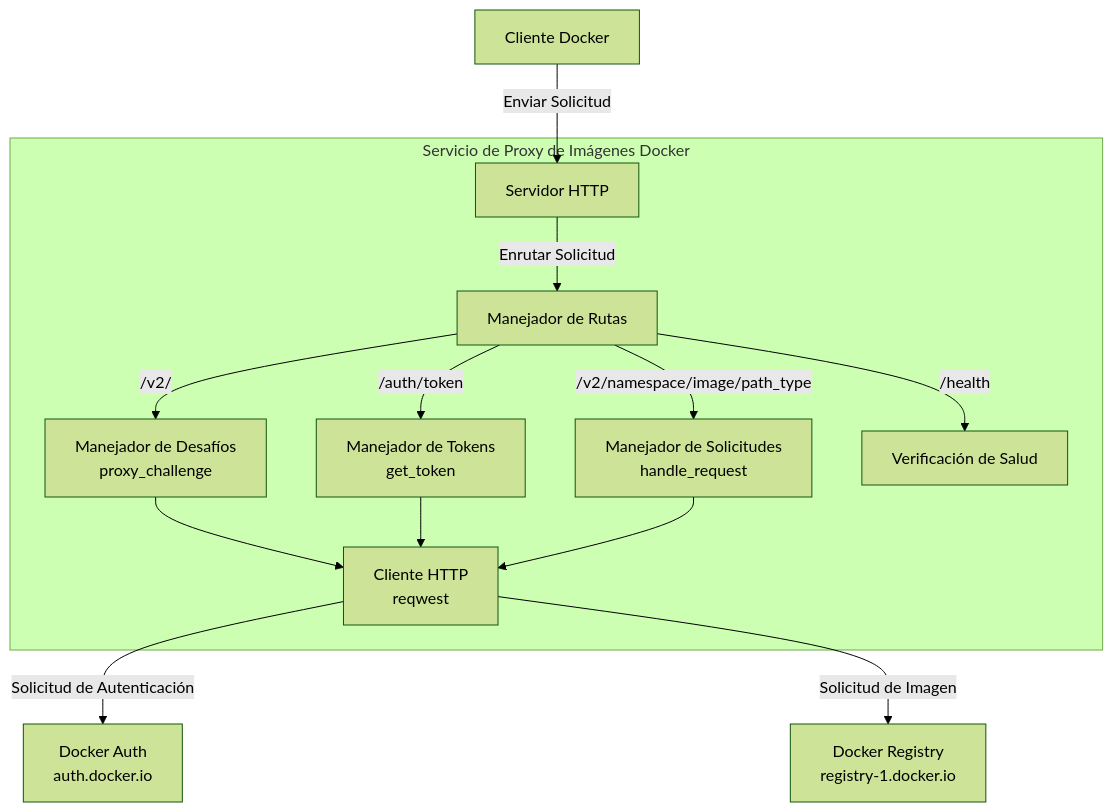
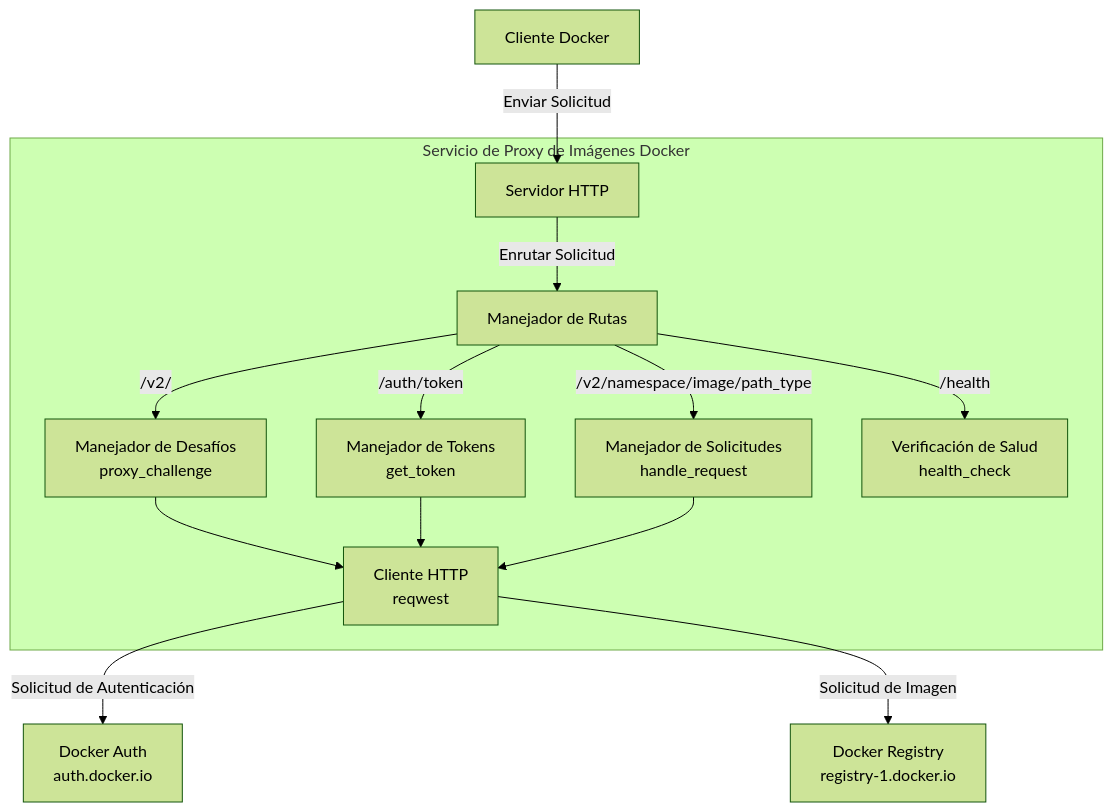
Before and after one commit to harrisonwang/docxy: the first of 3 diagrams in README_ES.md, drawn with Mermaid (forest theme). The commit also changed other lines of this file and 7 other files, not shown here.

````diff
--- a/README_ES.md
+++ b/README_ES.md
@@ -64,23 +61,23 @@
 ```mermaid
 graph TD
     Client[Cliente Docker] -->|Enviar Solicitud| HttpServer[Servidor HTTP]
     
     subgraph "Servicio de Proxy de Imágenes Docker"
         HttpServer -->|Enrutar Solicitud| RouterHandler[Manejador de Rutas]
         
         RouterHandler -->|/v2/| ChallengeHandler[Manejador de Desafíos<br>proxy_challenge]
         RouterHandler -->|/auth/token| TokenHandler[Manejador de Tokens<br>get_token]
         RouterHandler -->|/v2/namespace/image/path_type| RequestHandler[Manejador de Solicitudes<br>handle_request]
-        RouterHandler -->|/health| HealthCheck[Verificación de Salud]
+        RouterHandler -->|/health| HealthCheck[Verificación de Salud<br>health_check]
         
         ChallengeHandler --> HttpClient
         TokenHandler --> HttpClient
         RequestHandler --> HttpClient
         
     end
     
     HttpClient[Cliente HTTP<br>reqwest]
     
     HttpClient -->|Solicitud de Autenticación| DockerAuth[Docker Auth<br>auth.docker.io]
     HttpClient -->|Solicitud de Imagen| DockerRegistry[Docker Registry<br>registry-1.docker.io]
 ```
````
